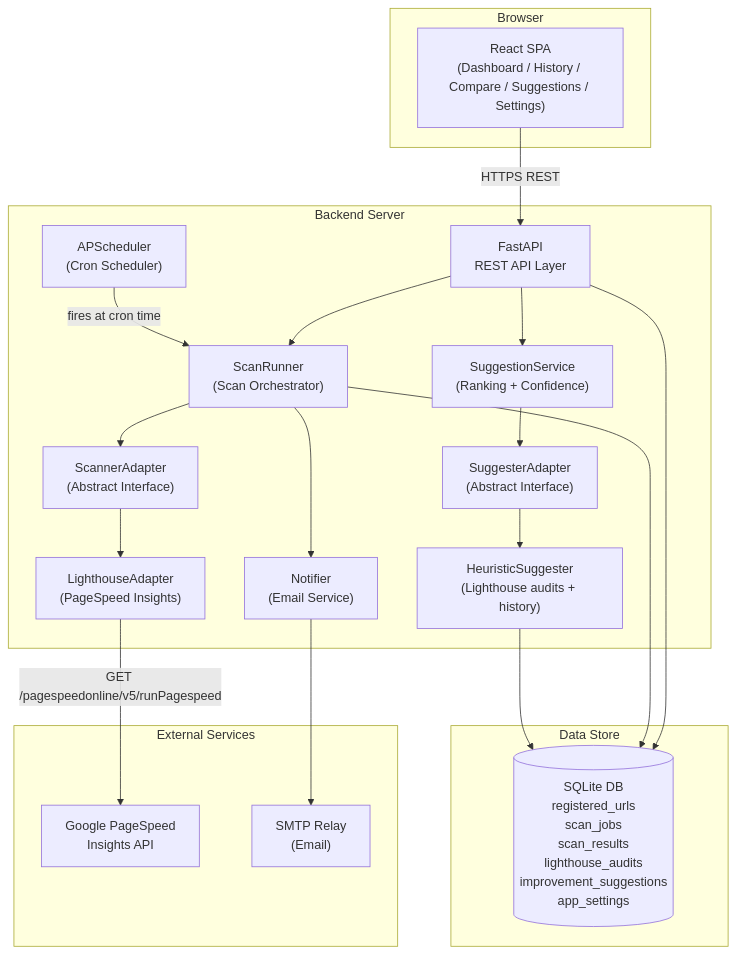
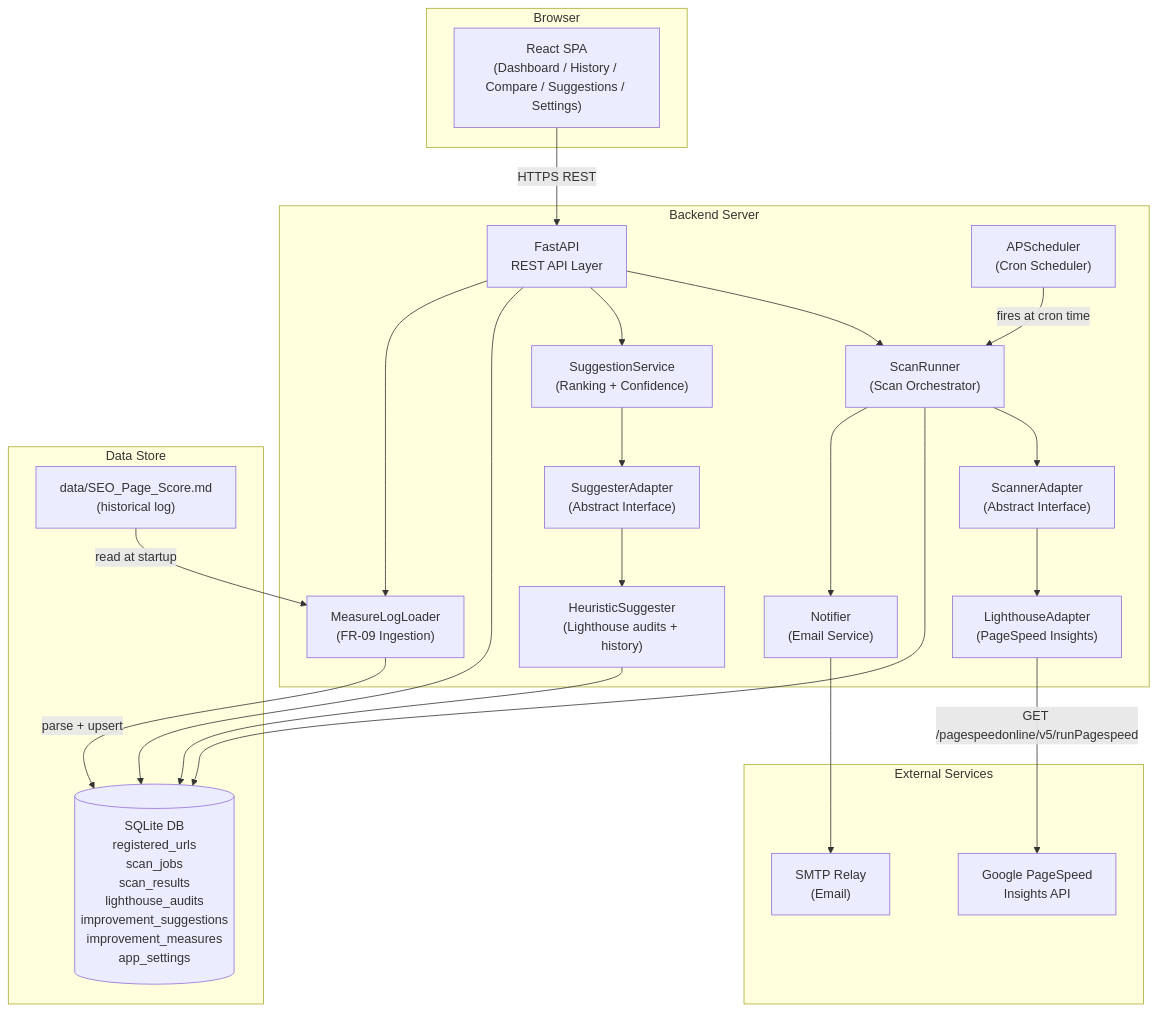
One commit to Ryosuke-Kawashima-Career/AI-SEO changed the first of 9 diagrams in specs/design.md. Above: the diagram before and after it, drawn with Mermaid. The commit also changed other lines of this file and 11 other files, not shown here.

````diff
--- a/specs/design.md
+++ b/specs/design.md
@@ -57,42 +59,47 @@
 ```mermaid
 graph TD
     subgraph Browser["Browser"]
         UI["React SPA\n(Dashboard / History / Compare / Suggestions / Settings)"]
     end
 
     subgraph Backend["Backend Server"]
         API["FastAPI\nREST API Layer"]
         ScanRunner["ScanRunner\n(Scan Orchestrator)"]
         Scheduler["APScheduler\n(Cron Scheduler)"]
         Adapter["ScannerAdapter\n(Abstract Interface)"]
         LHAdapter["LighthouseAdapter\n(PageSpeed Insights)"]
         SuggesterAdapter["SuggesterAdapter\n(Abstract Interface)"]
         HeuristicSuggester["HeuristicSuggester\n(Lighthouse audits + history)"]
         SuggestionService["SuggestionService\n(Ranking + Confidence)"]
+        MeasureLogLoader["MeasureLogLoader\n(FR-09 Ingestion)"]
         Notifier["Notifier\n(Email Service)"]
     end
 
     subgraph DataStore["Data Store"]
-        DB[("SQLite DB\nregistered_urls\nscan_jobs\nscan_results\nlighthouse_audits\nimprovement_suggestions\napp_settings")]
+        DB[("SQLite DB\nregistered_urls\nscan_jobs\nscan_results\nlighthouse_audits\nimprovement_suggestions\nimprovement_measures\napp_settings")]
+        LogFile["data/SEO_Page_Score.md\n(historical log)"]
     end
 
     subgraph External["External Services"]
         PSI["Google PageSpeed\nInsights API"]
         SMTP["SMTP Relay\n(Email)"]
     end
 
     UI -->|"HTTPS REST"| API
     API --> ScanRunner
     API --> SuggestionService
     API --> DB
     Scheduler -->|"fires at cron time"| ScanRunner
     ScanRunner --> Adapter
     Adapter --> LHAdapter
     LHAdapter -->|"GET /pagespeedonline/v5/runPagespeed"| PSI
     ScanRunner --> DB
     ScanRunner --> Notifier
     Notifier --> SMTP
     SuggestionService --> SuggesterAdapter
     SuggesterAdapter --> HeuristicSuggester
     HeuristicSuggester --> DB
+    MeasureLogLoader -->|"parse + upsert"| DB
+    LogFile -->|"read at startup"| MeasureLogLoader
+    API --> MeasureLogLoader
 ```
````
